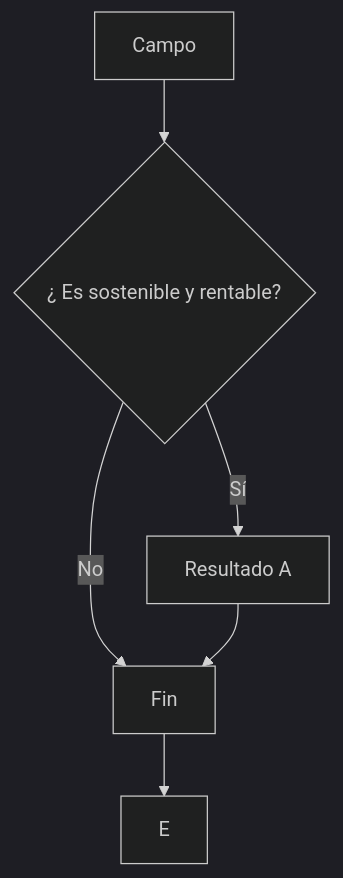
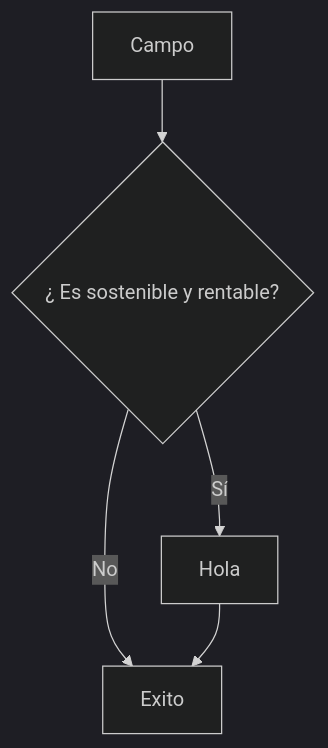
Before and after one commit to Raderigo/Raderigo: the diagram in README.md, drawn with Mermaid (dark theme).

````diff
--- a/README.md
+++ b/README.md
@@ -21,9 +21,8 @@
 ```mermaid
 graph TD;
     A[Campo];
     A --> B{¿ Es sostenible y rentable?};
     B -->|Sí| C[Resultado A];
     B -->|No| D[Resultado B];
-    C --> D[Fin];
-    D --> E;
+    C[Hola] --> D[Exito];
 ```
````
